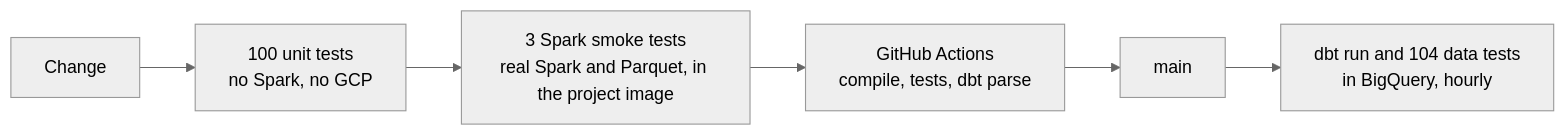
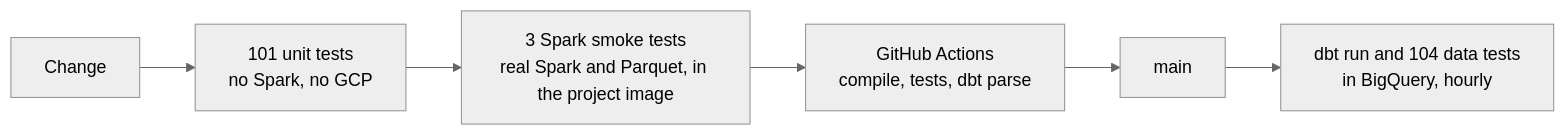
Before and after one commit to TomasRipsky/marineflow: the fifth of 5 diagrams in README.md, drawn with Mermaid (neutral theme). The commit also changed other lines of this file and 10 other files, not shown here.

````diff
--- a/README.md
+++ b/README.md
@@ -440,8 +459,8 @@
 ```mermaid
 flowchart LR
-    change["Change"] --> unit["100 unit tests<br/>no Spark, no GCP"]
+    change["Change"] --> unit["101 unit tests<br/>no Spark, no GCP"]
     unit --> smoke["3 Spark smoke tests<br/>real Spark and Parquet, in the project image"]
     smoke --> ci["GitHub Actions<br/>compile, tests, dbt parse"]
     ci --> main["main"]
     main --> dbt["dbt run and 104 data tests<br/>in BigQuery, hourly"]
 ```
````
